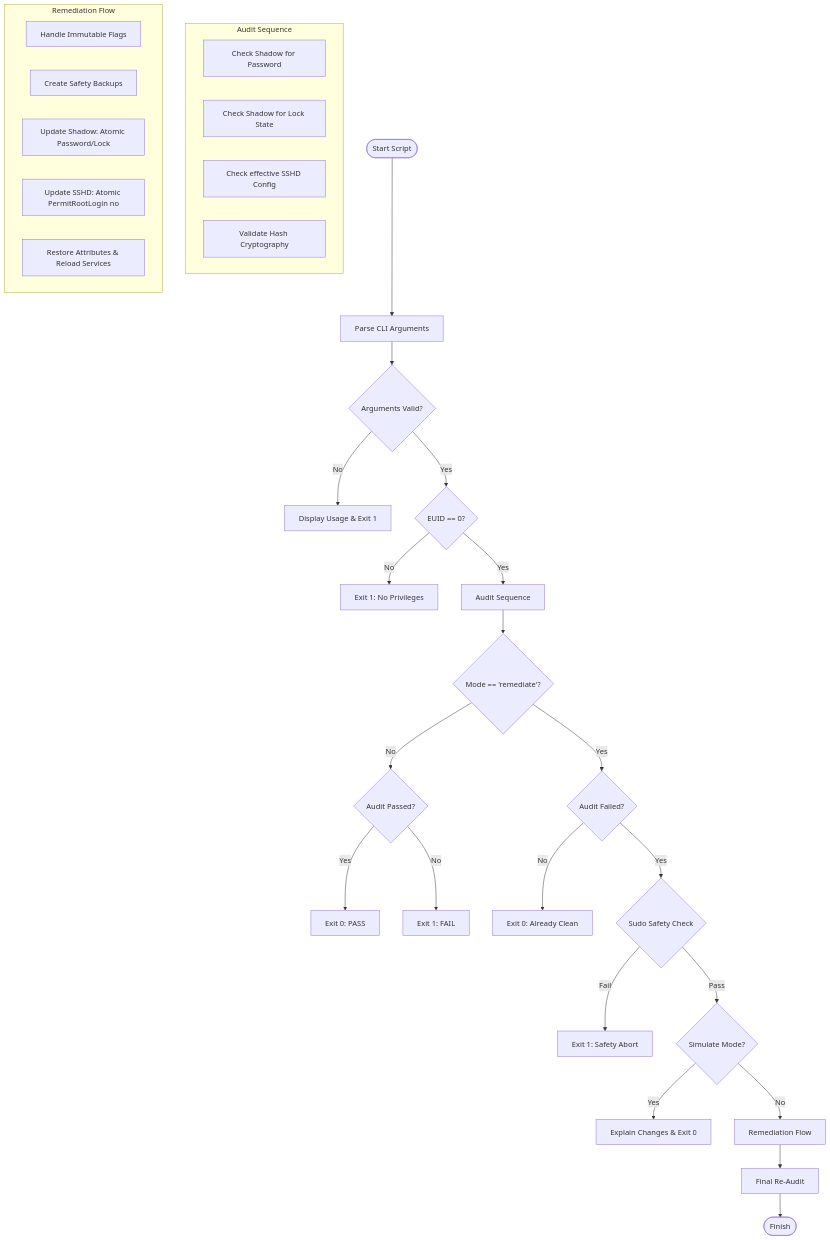
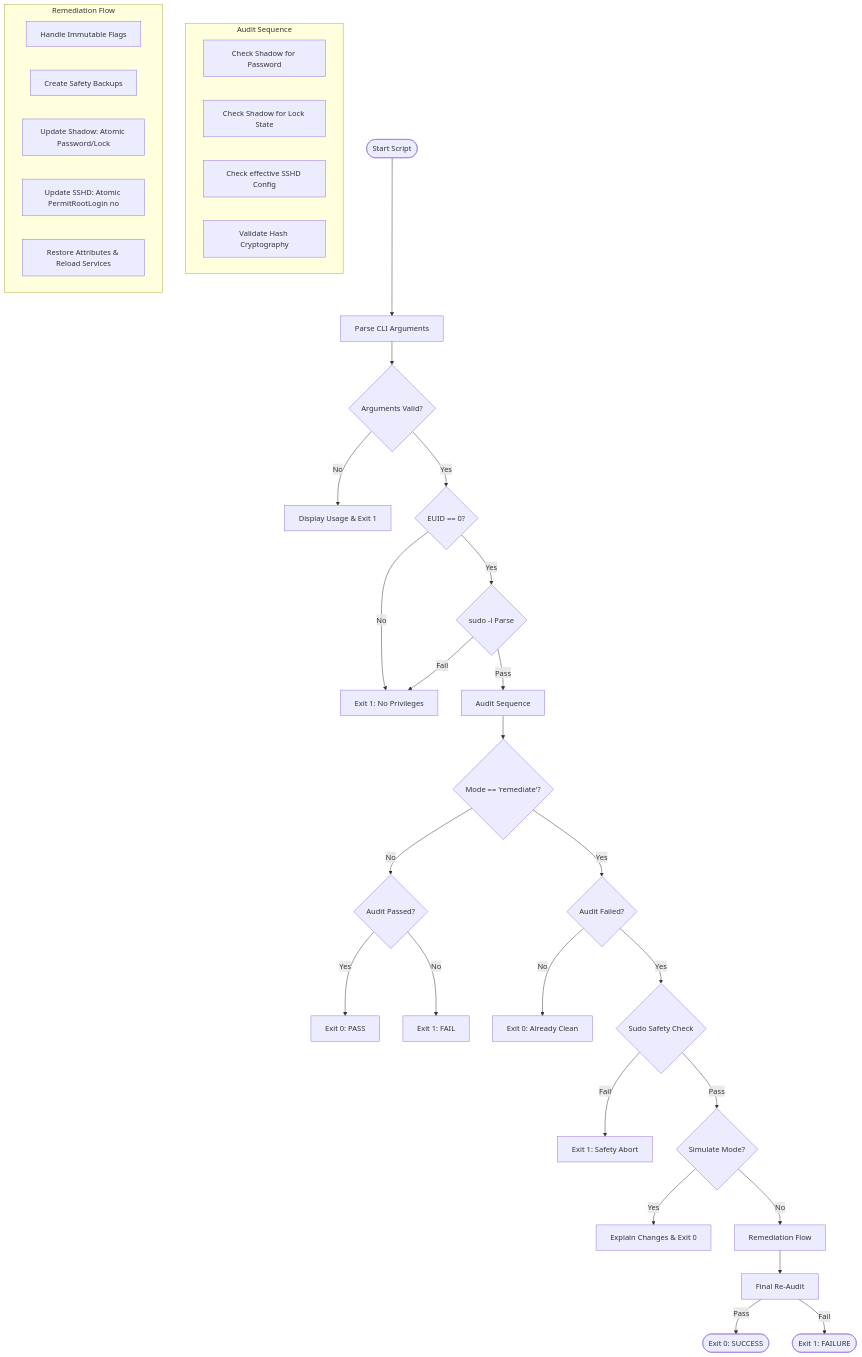
Before and after one commit to edsilegxrepo/devops: the diagram in audit/root_audit_README.md, drawn with Mermaid. The commit also changed other lines of this file and 3 other files, not shown here.

````diff
--- a/audit/root_audit_README.md
+++ b/audit/root_audit_README.md
@@ -32,44 +34,47 @@
 ```mermaid
 graph TD
     Start([Start Script]) --> Args[Parse CLI Arguments]
     Args --> ArgsCheck{Arguments Valid?}
     ArgsCheck -- No --> Usage[Display Usage & Exit 1]
     ArgsCheck -- Yes --> PrivCheck{EUID == 0?}
     PrivCheck -- No --> ExitErr[Exit 1: No Privileges]
-    PrivCheck -- Yes --> AuditSeq[Audit Sequence]
+    PrivCheck -- Yes --> SudoVerify{sudo -l Parse}
+    SudoVerify -- Fail --> ExitErr
+    SudoVerify -- Pass --> AuditSeq[Audit Sequence]
     
     subgraph Audit Sequence
         A1[Check Shadow for Password]
         A2[Check Shadow for Lock State]
         A3[Check effective SSHD Config]
         A4[Validate Hash Cryptography]
     end
     
     AuditSeq --> ModeCheck{Mode == 'remediate'?}
     
     ModeCheck -- No --> AuditResult{Audit Passed?}
     AuditResult -- Yes --> Exit0[Exit 0: PASS]
     AuditResult -- No --> Exit1[Exit 1: FAIL]
     
     ModeCheck -- Yes --> AuditFailCheck{Audit Failed?}
     AuditFailCheck -- No --> AlreadyClean[Exit 0: Already Clean]
     
     AuditFailCheck -- Yes --> SudoSafety{Sudo Safety Check}
     SudoSafety -- Fail --> SafetyAbort[Exit 1: Safety Abort]
     
     SudoSafety -- Pass --> SimCheck{Simulate Mode?}
     
     SimCheck -- Yes --> SimFlow[Explain Changes & Exit 0]
     SimCheck -- No --> RemediateFlow[Remediation Flow]
     
     subgraph Remediation Flow
         R1[Handle Immutable Flags]
         R2[Create Safety Backups]
         R3[Update Shadow: Atomic Password/Lock]
         R4[Update SSHD: Atomic PermitRootLogin no]
         R5[Restore Attributes & Reload Services]
     end
     
     RemediateFlow --> FinalAudit[Final Re-Audit]
-    FinalAudit --> Finish([Finish])
+    FinalAudit -- Pass --> Finish0([Exit 0: SUCCESS])
+    FinalAudit -- Fail --> Finish1([Exit 1: FAILURE])
 ```
````
